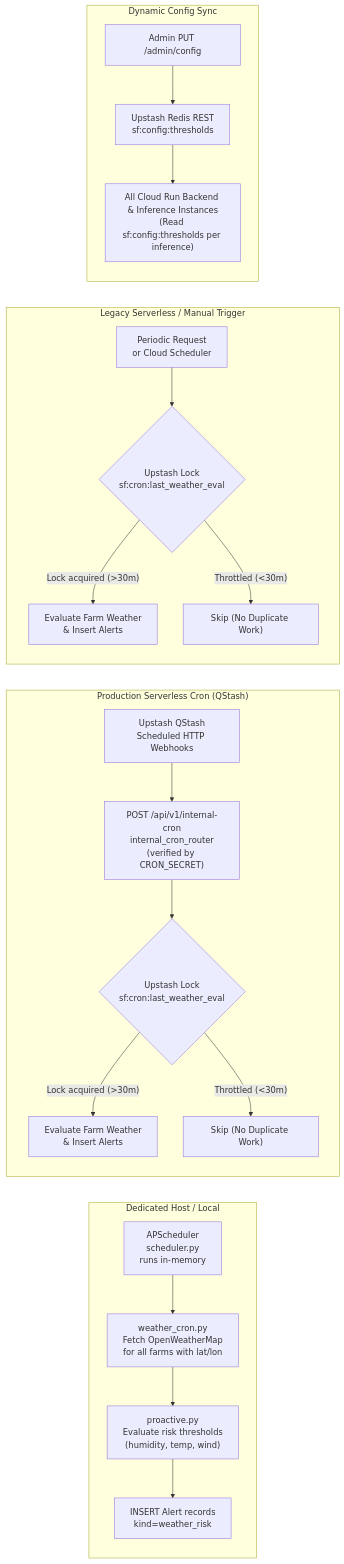
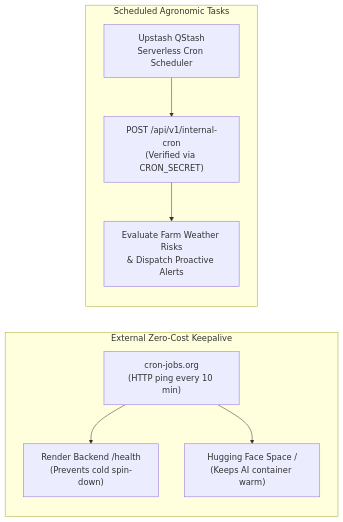
Before and after one commit to manthan2876/Smart-Farming: the sixth of 7 diagrams in Docs/Architecture.md, drawn with Mermaid. The commit also changed other lines of this file and 10 other files, not shown here.

Commit message:
docs: update documentation to 19 October 2026 reflecting Render, Hugging Face Space, and Supabase architecture

````diff
--- a/Docs/Architecture.md
+++ b/Docs/Architecture.md
@@ -649,36 +444,17 @@
 ```mermaid
 flowchart LR
-    subgraph DEDICATED["Dedicated Host / Local"]
-        SCHED["APScheduler\nscheduler.py\nruns in-memory"]
-        WC["weather_cron.py\nFetch OpenWeatherMap\nfor all farms with lat/lon"]
-        PA["proactive.py\nEvaluate risk thresholds\n(humidity, temp, wind)"]
-        ALC["INSERT Alert records\nkind=weather_risk"]
-        SCHED --> WC --> PA --> ALC
+    subgraph KEEPALIVE["External Zero-Cost Keepalive"]
+        CRON_ORG["cron-jobs.org\n(HTTP ping every 10 min)"]
+        RENDER_PING["Render Backend /health\n(Prevents cold spin-down)"]
+        HF_PING["Hugging Face Space /\n(Keeps AI container warm)"]
+        CRON_ORG --> RENDER_PING
+        CRON_ORG --> HF_PING
     end
 
-    subgraph QSTASH_BLOCK["Production Serverless Cron (QStash)"]
-        QS["Upstash QStash\nScheduled HTTP Webhooks"]
-        IC["POST /api/v1/internal-cron\ninternal_cron_router\n(verified by CRON_SECRET)"]
-        QS_LOCK{"Upstash Lock\nsf:cron:last_weather_eval"}
-        QS_EVAL["Evaluate Farm Weather\n& Insert Alerts"]
-        QS --> IC --> QS_LOCK
-        QS_LOCK -- "Lock acquired (>30m)" --> QS_EVAL
-        QS_LOCK -- "Throttled (<30m)" --> QS_SKIP["Skip (No Duplicate Work)"]
-    end
-
-    subgraph SERVERLESS["Legacy Serverless / Manual Trigger"]
-        REQ["Periodic Request\nor Cloud Scheduler"]
-        LOCK{"Upstash Lock\nsf:cron:last_weather_eval"}
-        EVAL["Evaluate Farm Weather\n& Insert Alerts"]
-        REQ --> LOCK
-        LOCK -- "Lock acquired (>30m)" --> EVAL
-        LOCK -- "Throttled (<30m)" --> SKIP["Skip (No Duplicate Work)"]
-    end
-
-    subgraph CONFIG_SYNC["Dynamic Config Sync"]
-        ADMIN["Admin PUT /admin/config"]
-        UP_CONF["Upstash Redis REST\nsf:config:thresholds"]
-        INSTANCES["All Cloud Run Backend & Inference Instances\n(Read sf:config:thresholds per inference)"]
-        ADMIN --> UP_CONF --> INSTANCES
+    subgraph PROACTIVE_CRON["Scheduled Agronomic Tasks"]
+        QSTASH["Upstash QStash\nServerless Cron Scheduler"]
+        WEBHOOK["POST /api/v1/internal-cron\n(Verified via CRON_SECRET)"]
+        EVAL["Evaluate Farm Weather Risks\n& Dispatch Proactive Alerts"]
+        QSTASH --> WEBHOOK --> EVAL
     end
 ```
````
